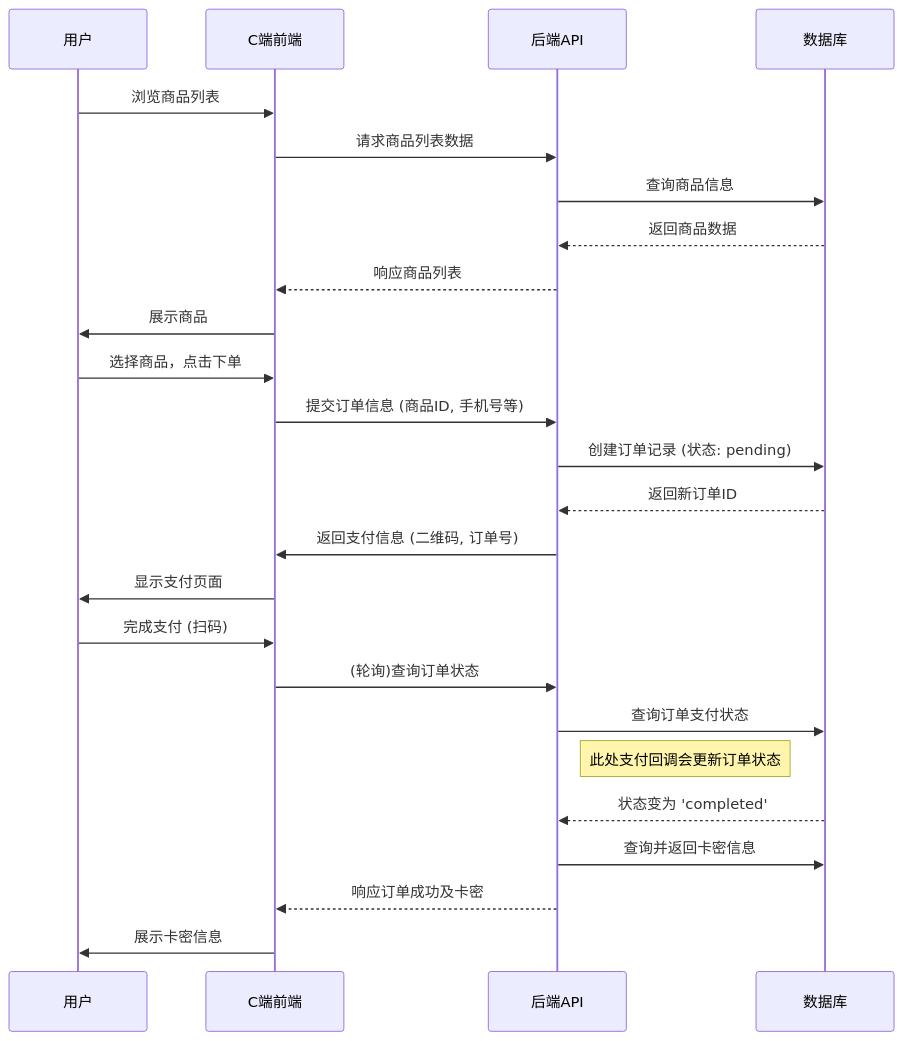
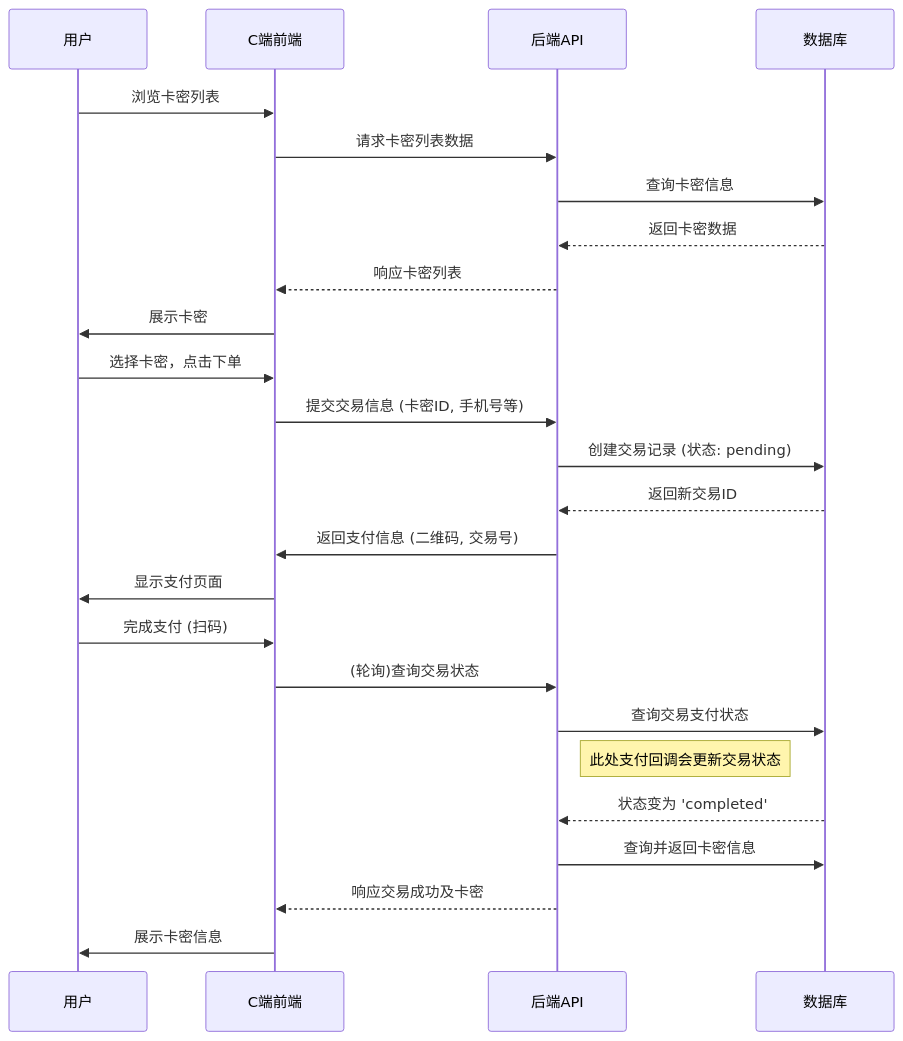
Before and after one commit to kipp7/auto-card: the second of 2 diagrams in 技术文档/项目概述与架构.md, drawn with Mermaid. The commit also changed other lines of this file and 113 other files, not shown here.

````diff
--- a/技术文档/项目概述与架构.md
+++ b/技术文档/项目概述与架构.md
@@ -58,30 +58,30 @@
 ```mermaid
 sequenceDiagram
     participant User as 用户
     participant Frontend as C端前端
     participant Backend as 后端API
     participant DB as 数据库
 
-    User->>Frontend: 浏览商品列表
-    Frontend->>Backend: 请求商品列表数据
-    Backend->>DB: 查询商品信息
-    DB-->>Backend: 返回商品数据
-    Backend-->>Frontend: 响应商品列表
-    Frontend->>User: 展示商品
+    User->>Frontend: 浏览卡密列表
+    Frontend->>Backend: 请求卡密列表数据
+    Backend->>DB: 查询卡密信息
+    DB-->>Backend: 返回卡密数据
+    Backend-->>Frontend: 响应卡密列表
+    Frontend->>User: 展示卡密
 
-    User->>Frontend: 选择商品，点击下单
-    Frontend->>Backend: 提交订单信息 (商品ID, 手机号等)
-    Backend->>DB: 创建订单记录 (状态: pending)
-    DB-->>Backend: 返回新订单ID
-    Backend->>Frontend: 返回支付信息 (二维码, 订单号)
+    User->>Frontend: 选择卡密，点击下单
+    Frontend->>Backend: 提交交易信息 (卡密ID, 手机号等)
+    Backend->>DB: 创建交易记录 (状态: pending)
+    DB-->>Backend: 返回新交易ID
+    Backend->>Frontend: 返回支付信息 (二维码, 交易号)
     Frontend->>User: 显示支付页面
 
     User->>Frontend: 完成支付 (扫码)
-    Frontend->>Backend: (轮询)查询订单状态
-    Backend->>DB: 查询订单支付状态
-    Note right of Backend: 此处支付回调会更新订单状态
+    Frontend->>Backend: (轮询)查询交易状态
+    Backend->>DB: 查询交易支付状态
+    Note right of Backend: 此处支付回调会更新交易状态
     DB-->>Backend: 状态变为 'completed'
     Backend->>DB: 查询并返回卡密信息
-    Backend-->>Frontend: 响应订单成功及卡密
+    Backend-->>Frontend: 响应交易成功及卡密
     Frontend->>User: 展示卡密信息
 ```
````
